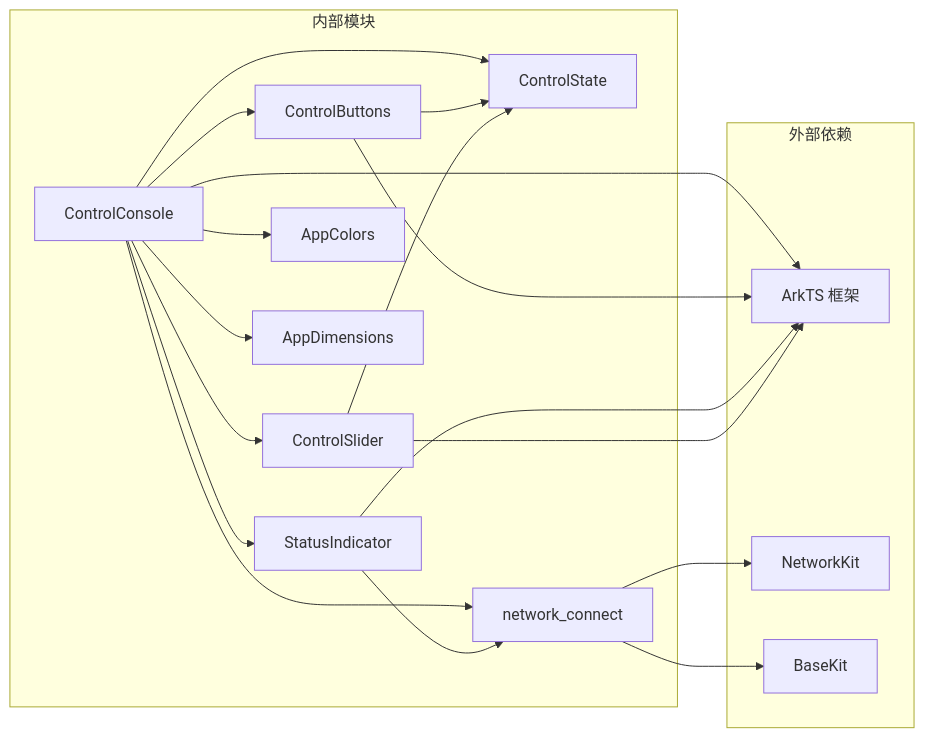
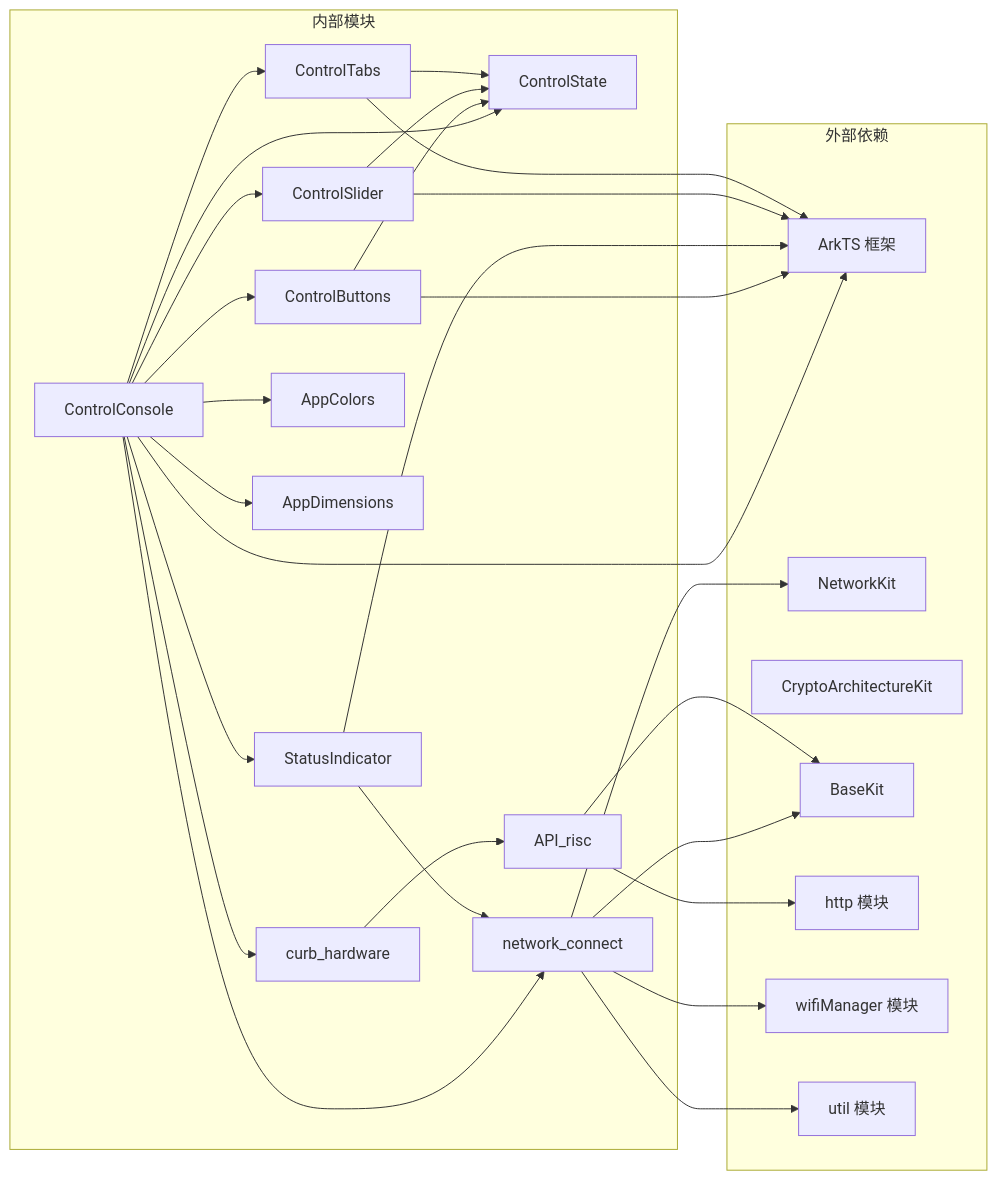
One commit to Neonrey-hub/SmartController changed diagram 13 of 13 in .qoder/repowiki/zh/content/界面组件系统/控制组件/控制台主组件.md. Above: the diagram before and after it, drawn with Mermaid. The commit also changed other lines of this file and 16 other files, not shown here.

````diff
--- a/.qoder/repowiki/zh/content/界面组件系统/控制组件/控制台主组件.md
+++ b/.qoder/repowiki/zh/content/界面组件系统/控制组件/控制台主组件.md
@@ -362,34 +700,50 @@
 ```mermaid
 graph LR
 subgraph "外部依赖"
 ArkTS[ArkTS 框架]
 NetworkKit[NetworkKit]
+CryptoArchitectureKit[CryptoArchitectureKit]
 BaseKit[BaseKit]
+http[http 模块]
+wifiManager[wifiManager 模块]
+util[util 模块]
 end
 subgraph "内部模块"
 ControlConsole[ControlConsole]
 ControlState[ControlState]
 ControlButtons[ControlButtons]
 StatusIndicator[StatusIndicator]
 ControlSlider[ControlSlider]
+ControlTabs[ControlTabs]
 AppColors[AppColors]
 AppDimensions[AppDimensions]
 network_connect[network_connect]
+curb_hardware[curb_hardware]
+API_risc[API_risc]
 end
 ControlConsole --> ControlState
 ControlConsole --> ControlButtons
 ControlConsole --> StatusIndicator
 ControlConsole --> ControlSlider
+ControlConsole --> ControlTabs
 ControlConsole --> AppColors
 ControlConsole --> AppDimensions
 ControlConsole --> network_connect
+ControlConsole --> curb_hardware
 ControlButtons --> ControlState
 StatusIndicator --> network_connect
 ControlSlider --> ControlState
+ControlTabs --> ControlState
 ControlConsole --> ArkTS
 ControlButtons --> ArkTS
 StatusIndicator --> ArkTS
 ControlSlider --> ArkTS
+ControlTabs --> ArkTS
 network_connect --> NetworkKit
 network_connect --> BaseKit
+network_connect --> wifiManager
+network_connect --> util
+curb_hardware --> API_risc
+API_risc --> http
+API_risc --> BaseKit
 ```
````
